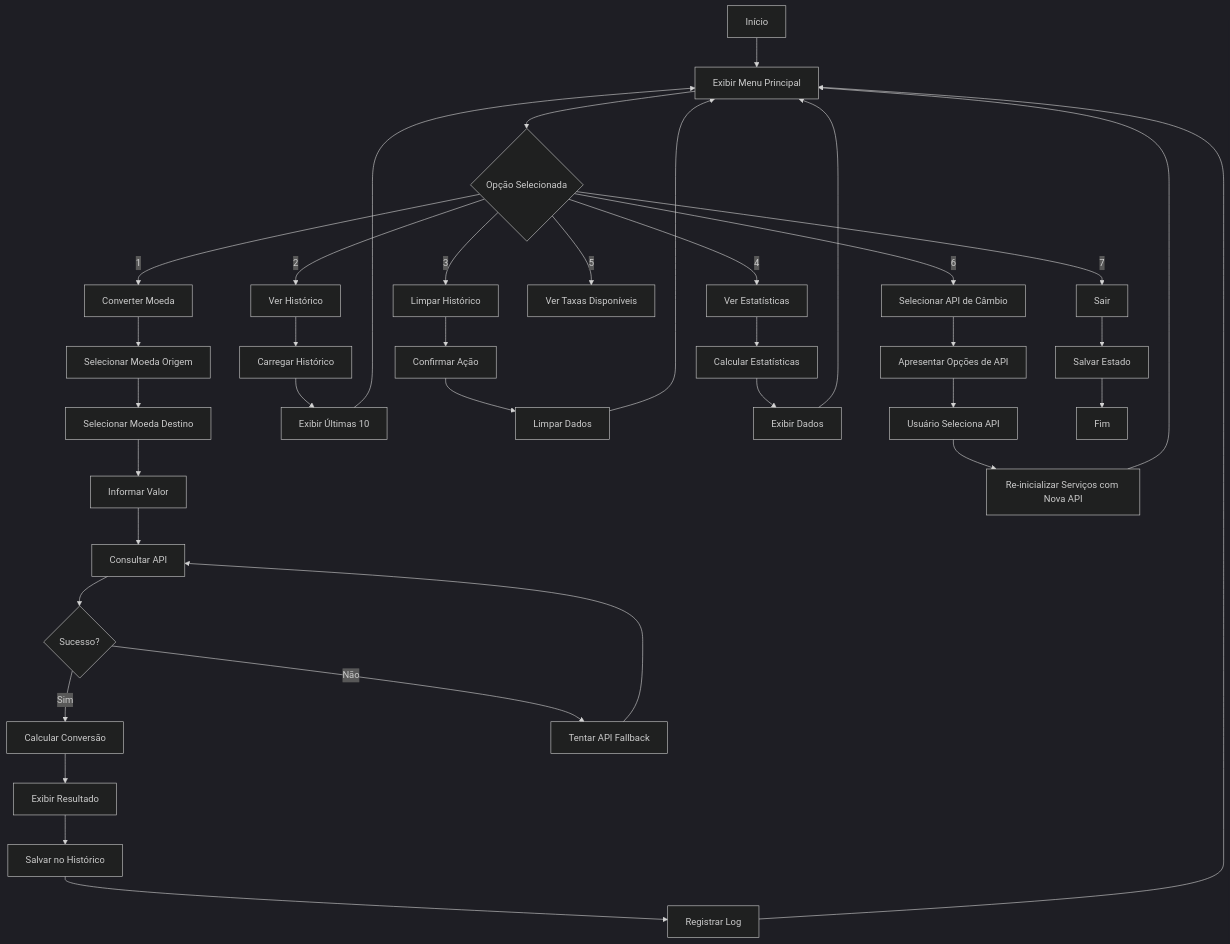
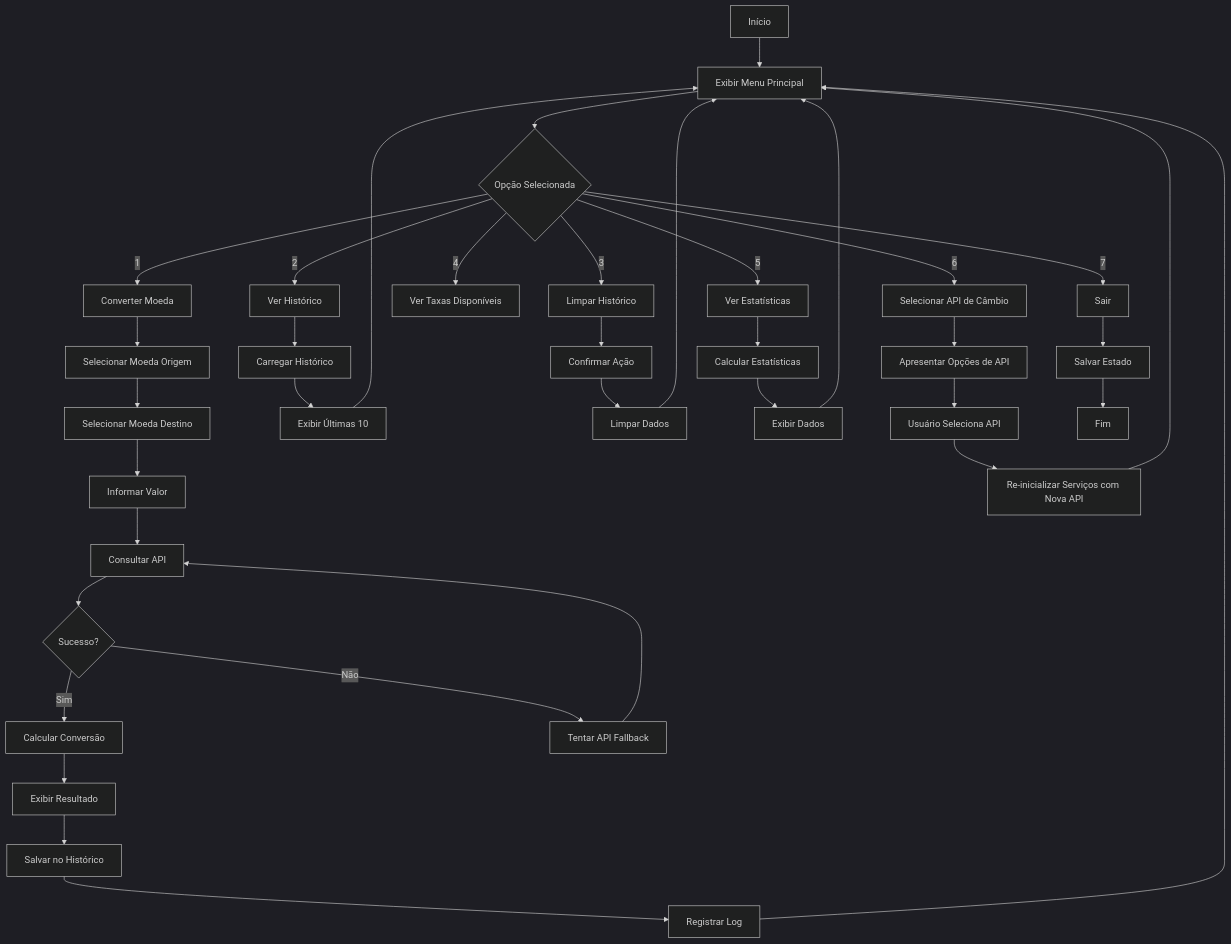
The first of 3 diagrams in README.md (DessimA/Conversor-de-Moedas), drawn with Mermaid (dark theme) before and after one commit.

Commit message:
docs: Update Mermaid diagrams in README.md to reflect current application flow

````diff
--- a/README.md
+++ b/README.md
@@ -31,45 +31,45 @@
 ```mermaid
 flowchart TD
     A[Início] --> B[Exibir Menu Principal]
     B --> C{Opção Selecionada}
     C -->|1| D[Converter Moeda]
     C -->|2| E[Ver Histórico]
     C -->|3| F[Limpar Histórico]
-    C -->|4| G[Ver Estatísticas]
-    C -->|5| H[Ver Taxas Disponíveis]
+    C -->|4| G[Ver Taxas Disponíveis]
+    C -->|5| H[Ver Estatísticas]
     C -->|6| I[Selecionar API de Câmbio]
     C -->|7| J[Sair]
-    
+
     D --> K[Selecionar Moeda Origem]
     K --> L[Selecionar Moeda Destino]
     L --> M[Informar Valor]
     M --> N[Consultar API]
     N --> O{Sucesso?}
     O -->|Sim| P[Calcular Conversão]
     O -->|Não| Q[Tentar API Fallback]
     Q --> N
     P --> R[Exibir Resultado]
     R --> S[Salvar no Histórico]
     S --> T[Registrar Log]
     T --> B
-    
+
     E --> U[Carregar Histórico]
     U --> V[Exibir Últimas 10]
     V --> B
-    
+
     F --> W[Confirmar Ação]
     W --> X[Limpar Dados]
     X --> B
-    
-    G --> Y[Calcular Estatísticas]
+
+    H --> Y[Calcular Estatísticas]
     Y --> Z[Exibir Dados]
     Z --> B
 
     I --> AA[Apresentar Opções de API]
     AA --> BB[Usuário Seleciona API]
     BB --> CC[Re-inicializar Serviços com Nova API]
     CC --> B
-    
+
     J --> DD[Salvar Estado]
     DD --> EE[Fim]
 ```
````
